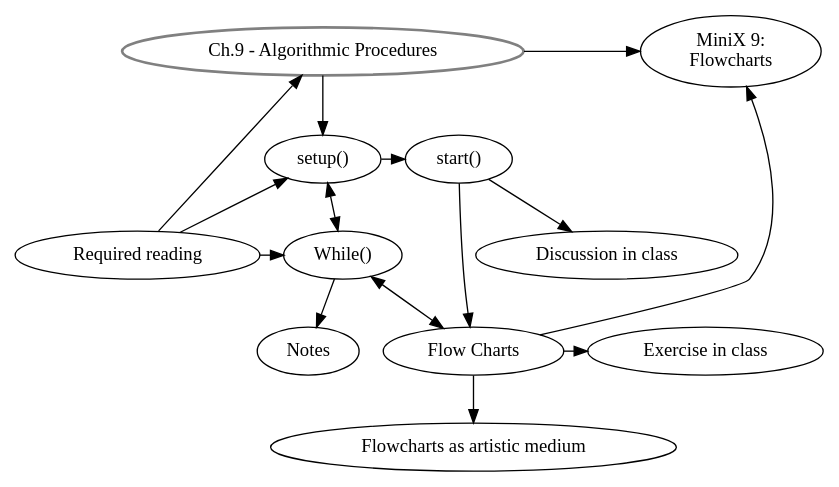
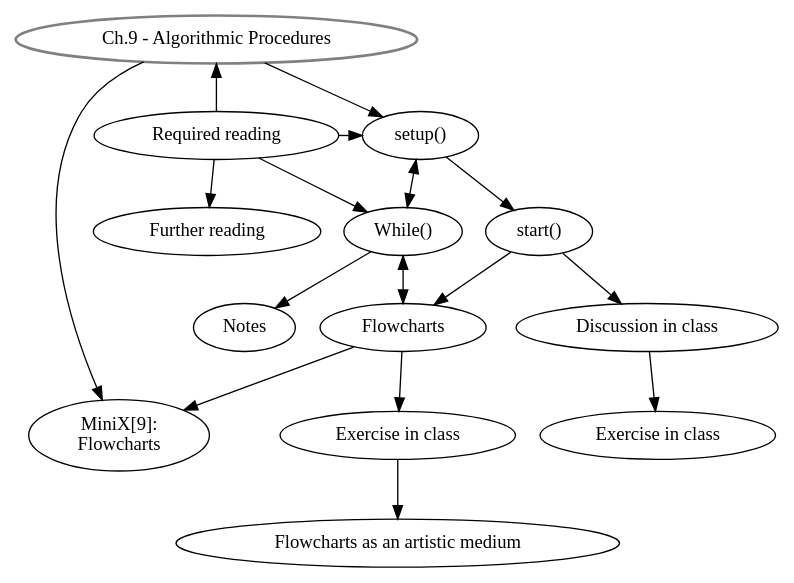
The diagram in graphviz/AP_ch9.dot (danbz/aesthetic-programming), drawn with Graphviz before and after one commit. The commit also changed 5 other files, not shown here.

Commit message:
update graphviz

```diff
--- a/graphviz/AP_ch9.dot
+++ b/graphviz/AP_ch9.dot
@@ -1,37 +1,37 @@
 digraph G {
 //labels
 GS [
 label="Ch.9 - Algorithmic Procedures",
 style=bold,
 color=grey,
 ]
 
 SU [label="setup()"]
 ST [label="start()"]
 DiC [label="Discussion in class"]
-FC [label="Flow Charts"]
 EiC [label="Exercise in class"]
-AM [label="Flowcharts as artistic medium"]
+FC [label="Flowcharts"]
+EiC1 [label="Exercise in class"]
+AM [label="Flowcharts as an artistic medium"]
 MW [label="While()"]
-MX [label="MiniX 9: \nFlowcharts"]
+MX [label="MiniX[9]: \nFlowcharts"]
 RR [label="Required reading"]
+FR [label="Further reading"]
 Notes [label="Notes"]
 
 //rank
-{rank = same; SU, ST}
-{rank = same; FC, EiC}
-{rank = same; RR, MW}
-{rank = same; MX, GS}
+{rank = same; RR, SU}
 
 //graph
 GS -> SU -> ST;
 GS -> MX[minlen=3];
-ST -> DiC;
-ST -> FC -> EiC;
-FC -> AM;
+ST -> DiC -> EiC;
+ST -> FC ;
+FC -> EiC1 -> AM;
 MW -> Notes;
 MW -> FC[dir=both]
 SU -> MW [dir=both];
 RR -> GS, SU, MW;
 FC -> MX;
+RR -> FR;
 }
```
